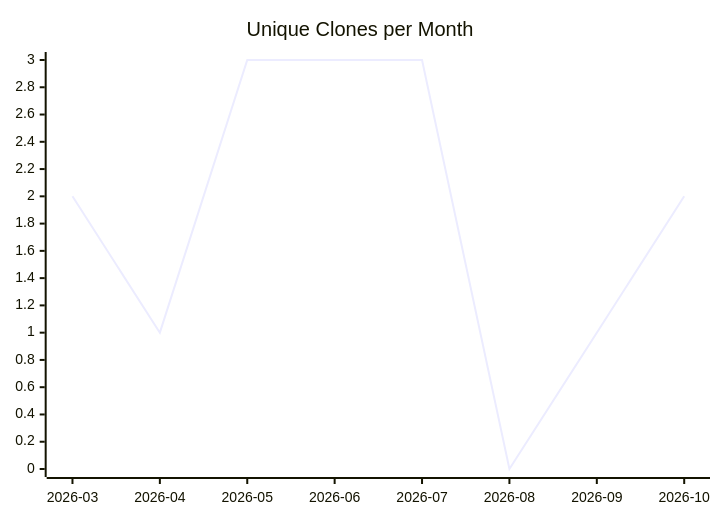
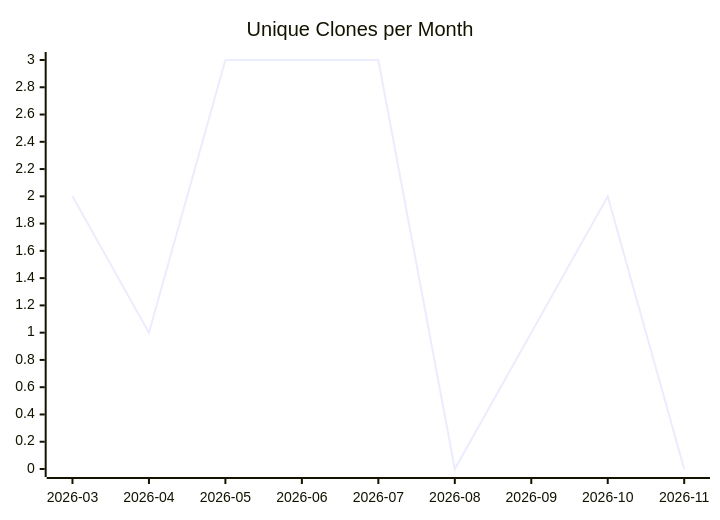
Before and after one commit to justdavis-family/github-analytics-data: the third of 3 diagrams in karlmdavis/ansible-roles/README.md, drawn with Mermaid. The commit also changed other lines of this file and 123 other files, not shown here.

````diff
--- a/karlmdavis/ansible-roles/README.md
+++ b/karlmdavis/ansible-roles/README.md
@@ -19,6 +19,6 @@
 ```mermaid
 xychart-beta
   title "Unique Clones per Month"
-  x-axis ["2026-03", "2026-04", "2026-05", "2026-06", "2026-07", "2026-08", "2026-09", "2026-10"]
-  line [2, 1, 3, 3, 3, 0, 1, 2]
+  x-axis ["2026-03", "2026-04", "2026-05", "2026-06", "2026-07", "2026-08", "2026-09", "2026-10", "2026-11"]
+  line [2, 1, 3, 3, 3, 0, 1, 2, 0]
 ```
````
